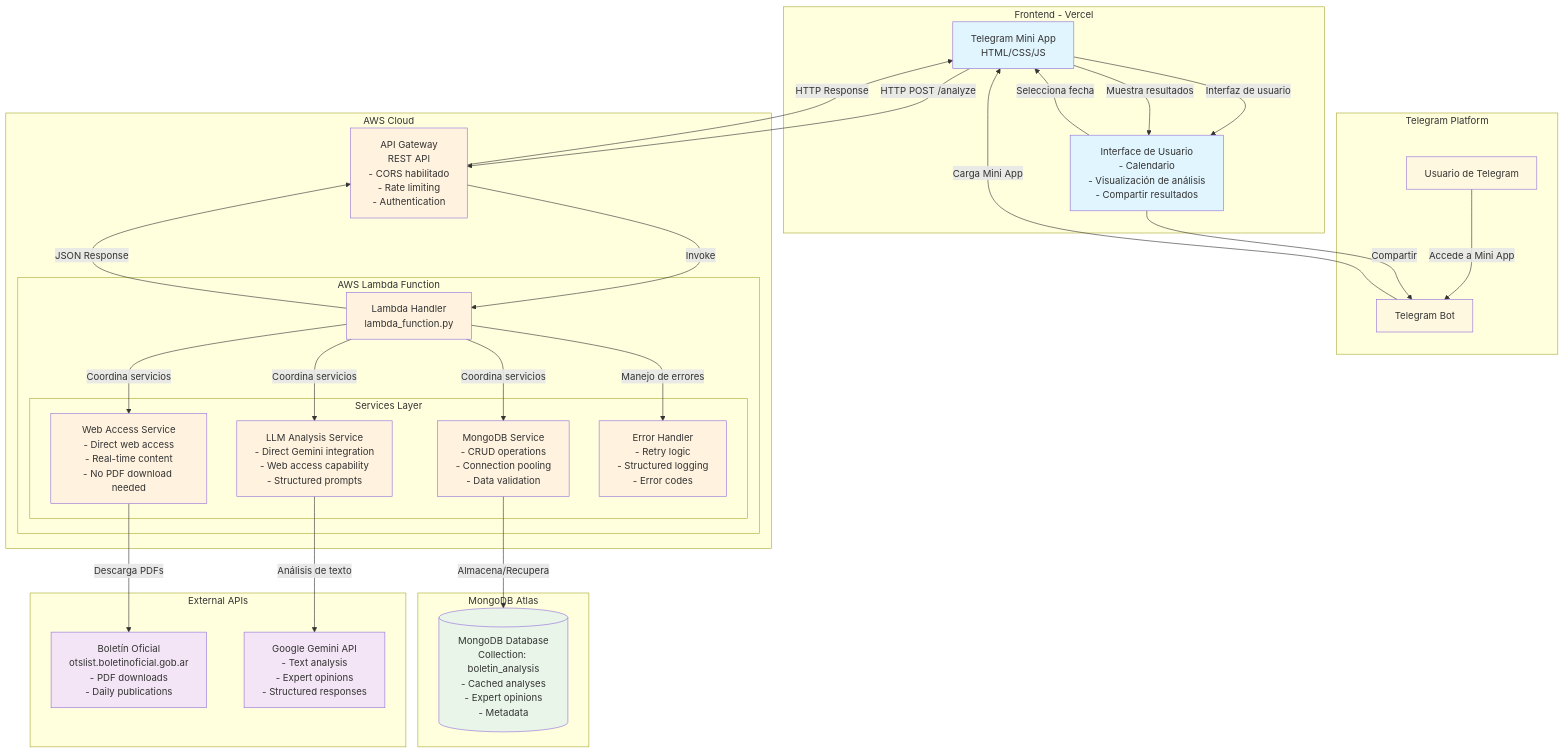
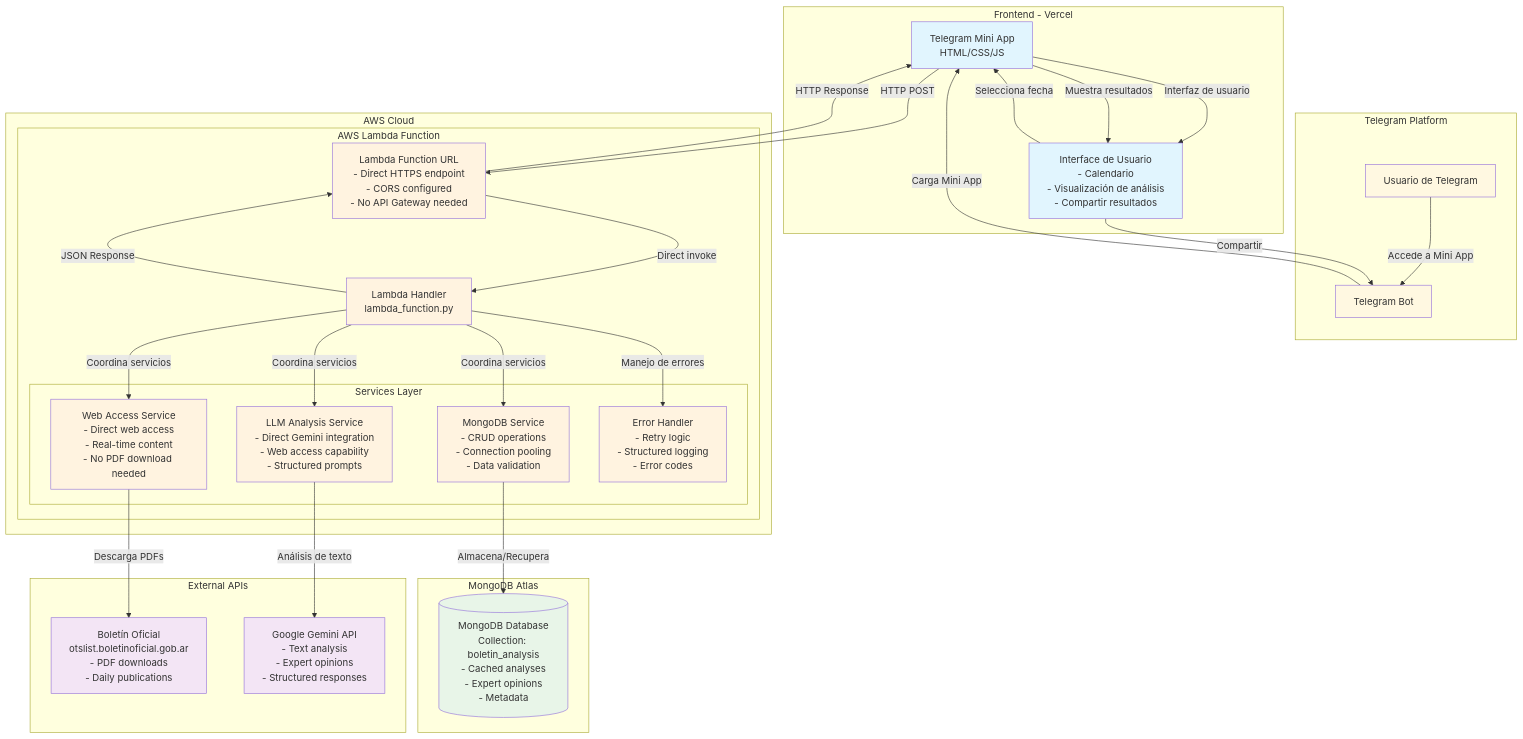
Before and after one commit to reinalau/boletin-oficial-app: the first of 3 diagrams in arquitectura-completa.md, drawn with Mermaid. The commit also changed other lines of this file and 48 other files, not shown here.

````diff
--- a/arquitectura-completa.md
+++ b/arquitectura-completa.md
@@ -5,81 +5,80 @@
 ```mermaid
 graph TB
     %% Frontend Layer
     subgraph "Frontend - Vercel"
         TMA[Telegram Mini App<br/>HTML/CSS/JS]
         UI[Interface de Usuario<br/>- Calendario<br/>- Visualización de análisis<br/>- Compartir resultados]
     end
     
     %% Telegram Integration
     subgraph "Telegram Platform"
         TB[Telegram Bot]
         TU[Usuario de Telegram]
     end
     
     %% API Layer
     subgraph "AWS Cloud"
-        AG[API Gateway<br/>REST API<br/>- CORS habilitado<br/>- Rate limiting<br/>- Authentication]
-        
         subgraph "AWS Lambda Function"
             LH[Lambda Handler<br/>lambda_function.py]
+            LFU[Lambda Function URL<br/>- Direct HTTPS endpoint<br/>- CORS configured<br/>- No API Gateway needed]
             
             subgraph "Services Layer"
                 PS[Web Access Service<br/>- Direct web access<br/>- Real-time content<br/>- No PDF download needed]
                 LLM[LLM Analysis Service<br/>- Direct Gemini integration<br/>- Web access capability<br/>- Structured prompts]
                 DB[MongoDB Service<br/>- CRUD operations<br/>- Connection pooling<br/>- Data validation]
                 EH[Error Handler<br/>- Retry logic<br/>- Structured logging<br/>- Error codes]
             end
         end
     end
     
     %% External Services
     subgraph "External APIs"
         BO[Boletín Oficial<br/>otslist.boletinoficial.gob.ar<br/>- PDF downloads<br/>- Daily publications]
         GM[Google Gemini API<br/>- Text analysis<br/>- Expert opinions<br/>- Structured responses]
     end
     
     %% Database
     subgraph "MongoDB Atlas"
         MDB[(MongoDB Database<br/>Collection: boletin_analysis<br/>- Cached analyses<br/>- Expert opinions<br/>- Metadata)]
     end
     
     %% User Flow
     TU -->|Accede a Mini App| TB
     TB -->|Carga Mini App| TMA
     TMA -->|Interfaz de usuario| UI
     UI -->|Selecciona fecha| TMA
     
     %% API Communication
-    TMA -->|HTTP POST /analyze| AG
-    AG -->|Invoke| LH
+    TMA -->|HTTP POST| LFU
+    LFU -->|Direct invoke| LH
     
     %% Service Orchestration
     LH -->|Coordina servicios| PS
     LH -->|Coordina servicios| LLM
     LH -->|Coordina servicios| DB
     LH -->|Manejo de errores| EH
     
     %% External Integrations
     PS -->|Descarga PDFs| BO
     LLM -->|Análisis de texto| GM
     DB -->|Almacena/Recupera| MDB
     
     %% Response Flow
-    LH -->|JSON Response| AG
-    AG -->|HTTP Response| TMA
+    LH -->|JSON Response| LFU
+    LFU -->|HTTP Response| TMA
     TMA -->|Muestra resultados| UI
     UI -->|Compartir| TB
     
     %% Styling
     classDef frontend fill:#e1f5fe
     classDef aws fill:#fff3e0
     classDef external fill:#f3e5f5
     classDef database fill:#e8f5e8
     classDef telegram fill:#fff8e1
     
     class TMA,UI frontend
-    class AG,LH,PS,LLM,DB,EH aws
+    class LFU,LH,PS,LLM,DB,EH aws
     class BO,GM external
     class MDB database
     class TB,TU telegram
 ```
````
